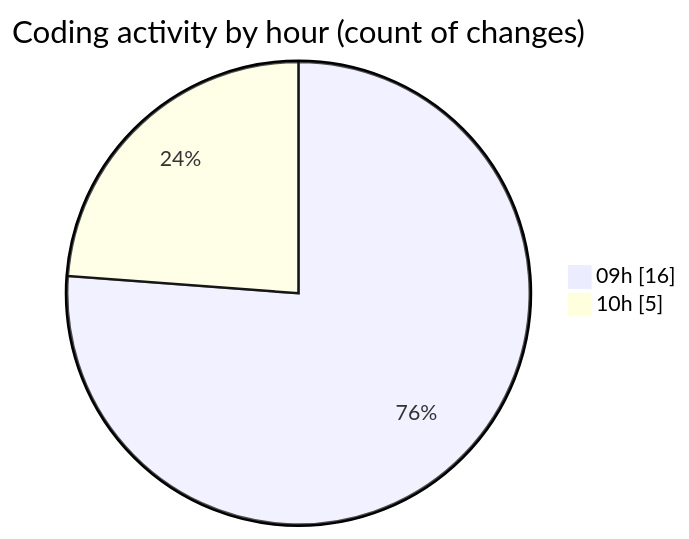
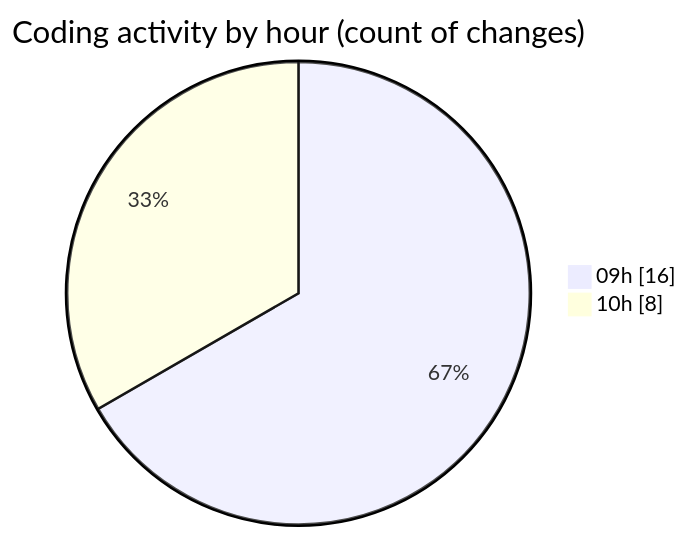
Before and after one commit to momahboobian/code-tracking: the second of 2 diagrams in 2025-05-16/cda/README.md, drawn with Mermaid. The commit also changed other lines of this file and 1 other file, not shown here.

````diff
--- a/2025-05-16/cda/README.md
+++ b/2025-05-16/cda/README.md
@@ -39,6 +39,6 @@
 ```mermaid
 pie showData
 title Coding activity by hour (count of changes)
 "09h" : 16
-"10h" : 5
+"10h" : 8
 ```
````
